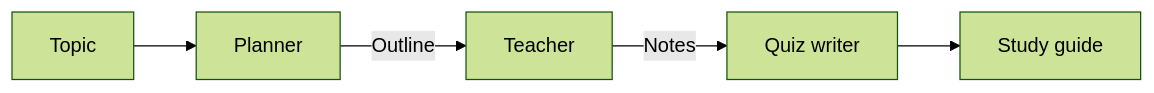
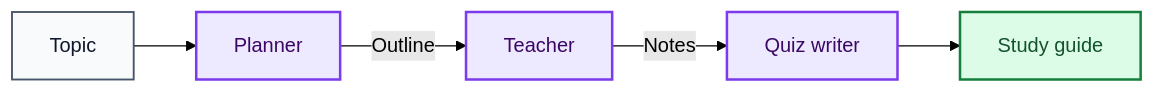
Before and after one commit to anne500/multi-agent-study-guide: the first of 20 diagrams in docs/ARCHITECTURE.md, drawn with Mermaid (forest theme). The commit also changed other lines of this file and 7 other files, not shown here.

Commit message:
Add visual learning map and color-coded architecture documentation

````diff
--- a/docs/ARCHITECTURE.md
+++ b/docs/ARCHITECTURE.md
@@ -30,7 +45,13 @@
 ```mermaid
 flowchart LR
     A[Topic] --> B[Planner]
     B -->|Outline| C[Teacher]
     C -->|Notes| D[Quiz writer]
     D --> E[Study guide]
+
+    classDef default fill:#F8FAFC,stroke:#475569,color:#0F172A,stroke-width:1.5px;
+    classDef model fill:#EDE9FE,stroke:#7C3AED,color:#3B0764,stroke-width:2px;
+    class B,C,D model;
+    classDef success fill:#DCFCE7,stroke:#15803D,color:#14532D,stroke-width:2px;
+    class E success;
 ```
````
